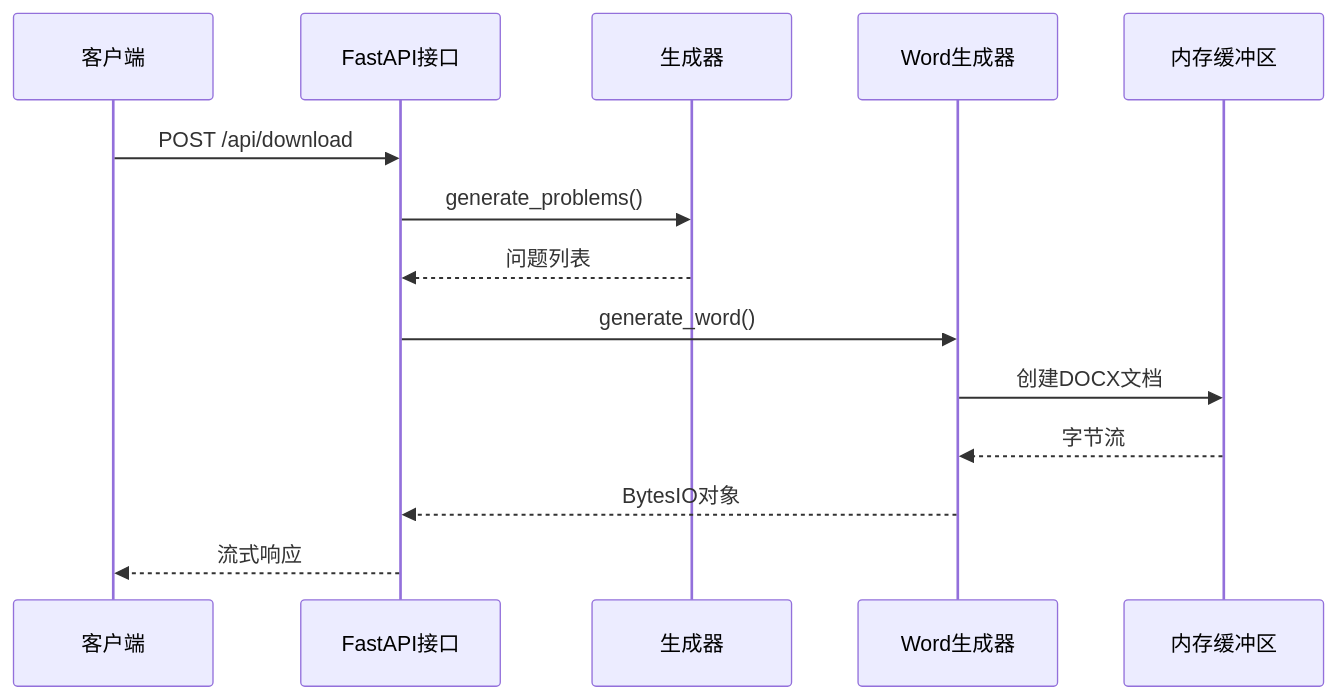
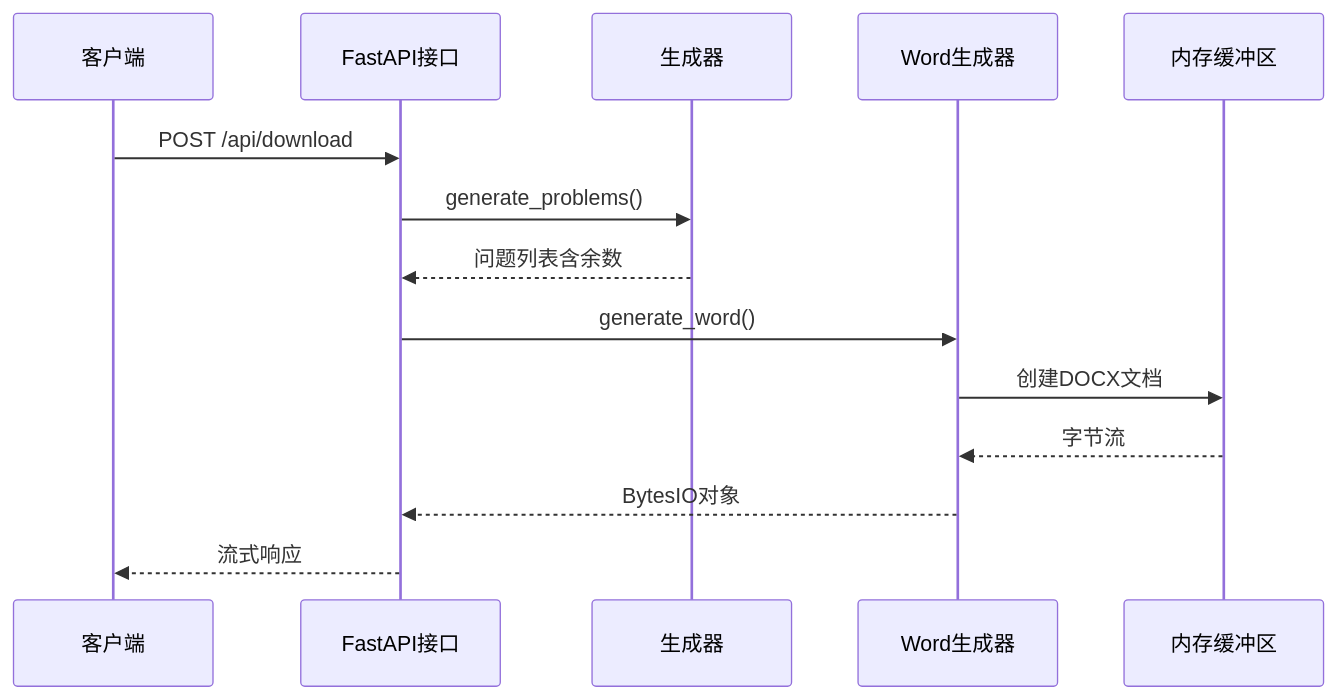
The fourth of 12 diagrams in .qoder/repowiki/zh/content/项目结构/Web API接口.md (SimonWHL/math-learning), drawn with Mermaid before and after one commit. The commit also changed other lines of this file and 17 other files, not shown here.

````diff
--- a/.qoder/repowiki/zh/content/项目结构/Web API接口.md
+++ b/.qoder/repowiki/zh/content/项目结构/Web API接口.md
@@ -184,16 +218,16 @@
 ```mermaid
 sequenceDiagram
 participant Client as 客户端
 participant API as FastAPI接口
 participant Gen as 生成器
 participant Word as Word生成器
 participant Buffer as 内存缓冲区
 Client->>API : POST /api/download
 API->>Gen : generate_problems()
-Gen-->>API : 问题列表
+Gen-->>API : 问题列表含余数
 API->>Word : generate_word()
 Word->>Buffer : 创建DOCX文档
 Buffer-->>Word : 字节流
 Word-->>API : BytesIO对象
 API-->>Client : 流式响应
 ```
````
